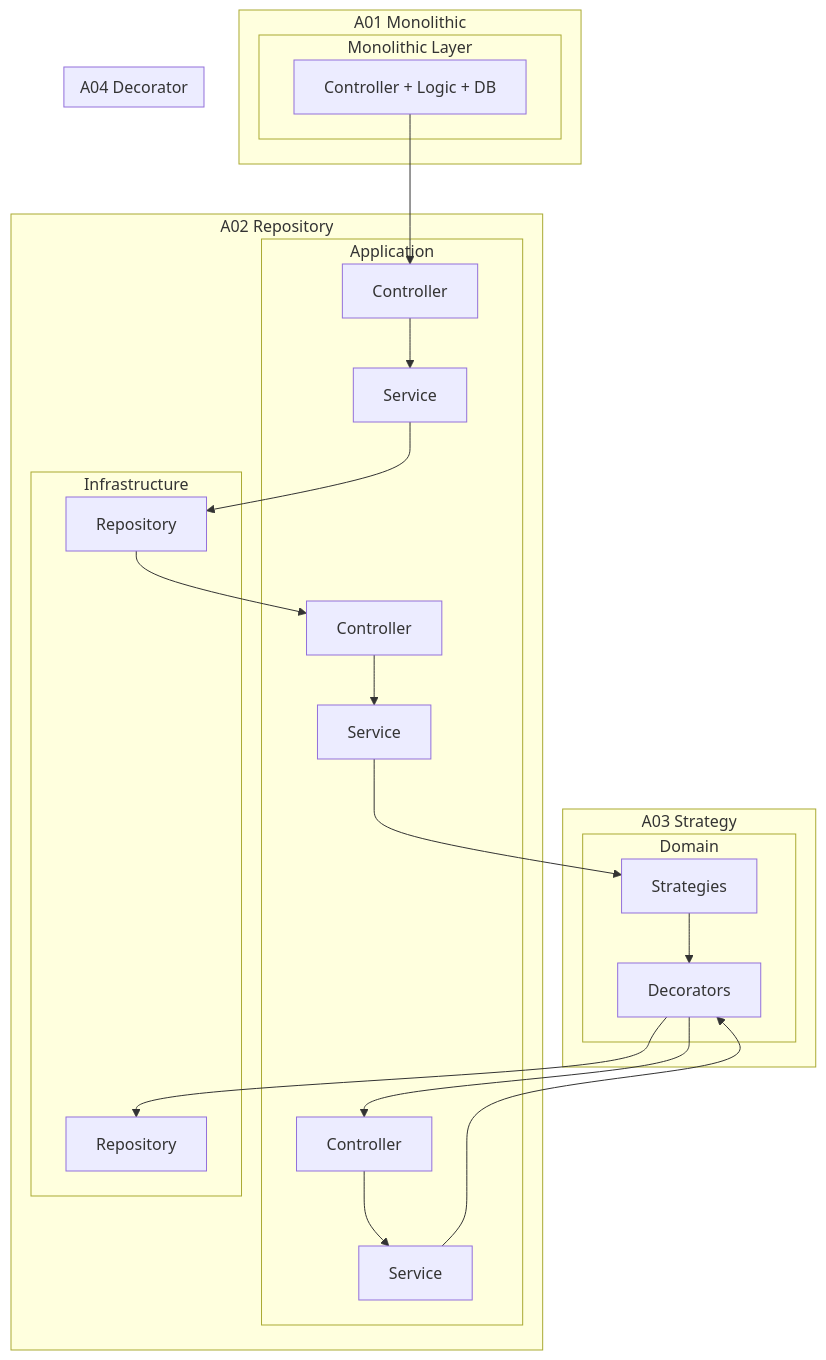
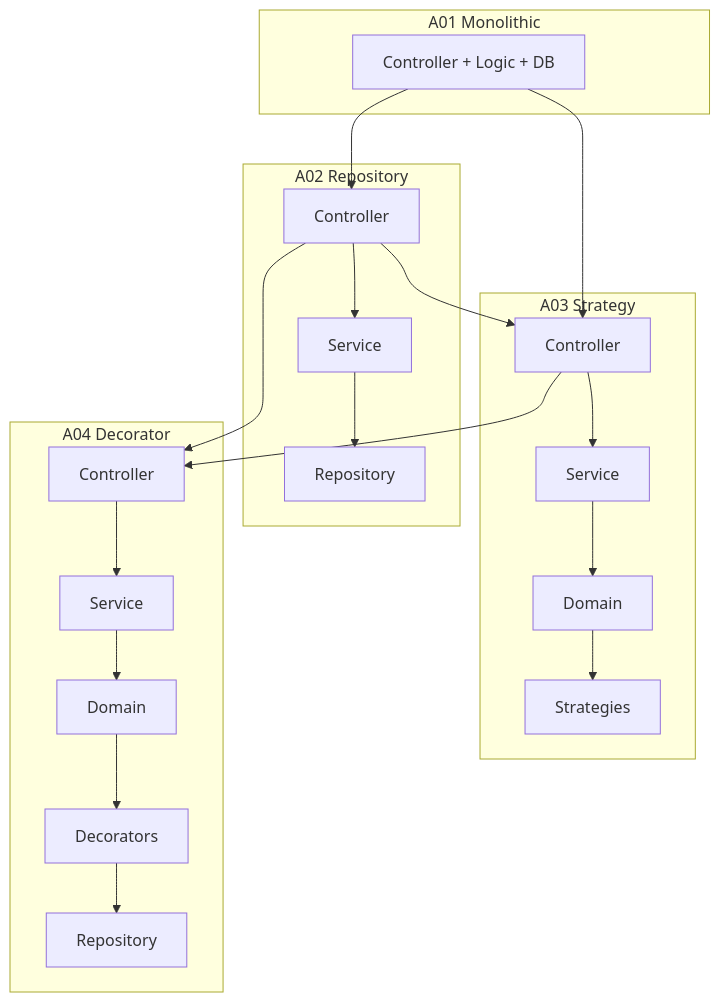
One commit to MMoza/reservations changed the sixth of 6 diagrams in README.md. Above: the diagram before and after it, drawn with Mermaid.

Commit message:
new flowchart design

````diff
--- a/README.md
+++ b/README.md
@@ -552,65 +552,43 @@
 ```mermaid
 flowchart TD
 
     %% A01
     subgraph A01 Monolithic
-        subgraph Monolithic Layer
-            M1["Controller + Logic + DB"]
-        end
+        M1["Controller + Logic + DB"]
     end
 
     %% A02
     subgraph A02 Repository
-        subgraph Application
-            C2[Controller]
-            S2[Service]
-            C2 --> S2
-        end
-
-        subgraph Infrastructure
-            R2[Repository]
-        end
-
-        S2 --> R2
+        C2[Controller]
+        S2[Service]
+        R2[Repository]
+        C2 --> S2 --> R2
     end
 
     %% A03
     subgraph A03 Strategy
-        subgraph Application
-            C3[Controller]
-            S3[Service]
-            C3 --> S3
-        end
-
-        subgraph Domain
-            ST3[Strategies]
-        end
-
-        S3 --> ST3
+        C3[Controller]
+        S3[Service]
+        D3[Domain]
+        ST3[Strategies]
+        C3 --> S3 --> D3 --> ST3
     end
 
     %% A04
     subgraph A04 Decorator
-        subgraph Application
-            C4[Controller]
-            S4[Service]
-            C4 --> S4
-        end
-
-        subgraph Domain
-            DE4[Decorators]
-        end
-
-        subgraph Infrastructure
-            R3[Repository]
-        end
-
-        S4 --> DE4 --> R3
+        C4[Controller]
+        S4[Service]
+        D4[Domain]
+        DE4[Decorators]
+        R4[Repository]
+        C4 --> S4 --> D4 --> DE4 --> R4
     end
 
     %% Evolución (forma cuadrada)
     M1 --> C2
-    R2 --> C3
-    ST3 --> DE4
-    DE4 --> C4
+    C2 --> C3
+    C3 --> C4
+
+    M1 --> C3
+    C2 --> C4
 ```
````
